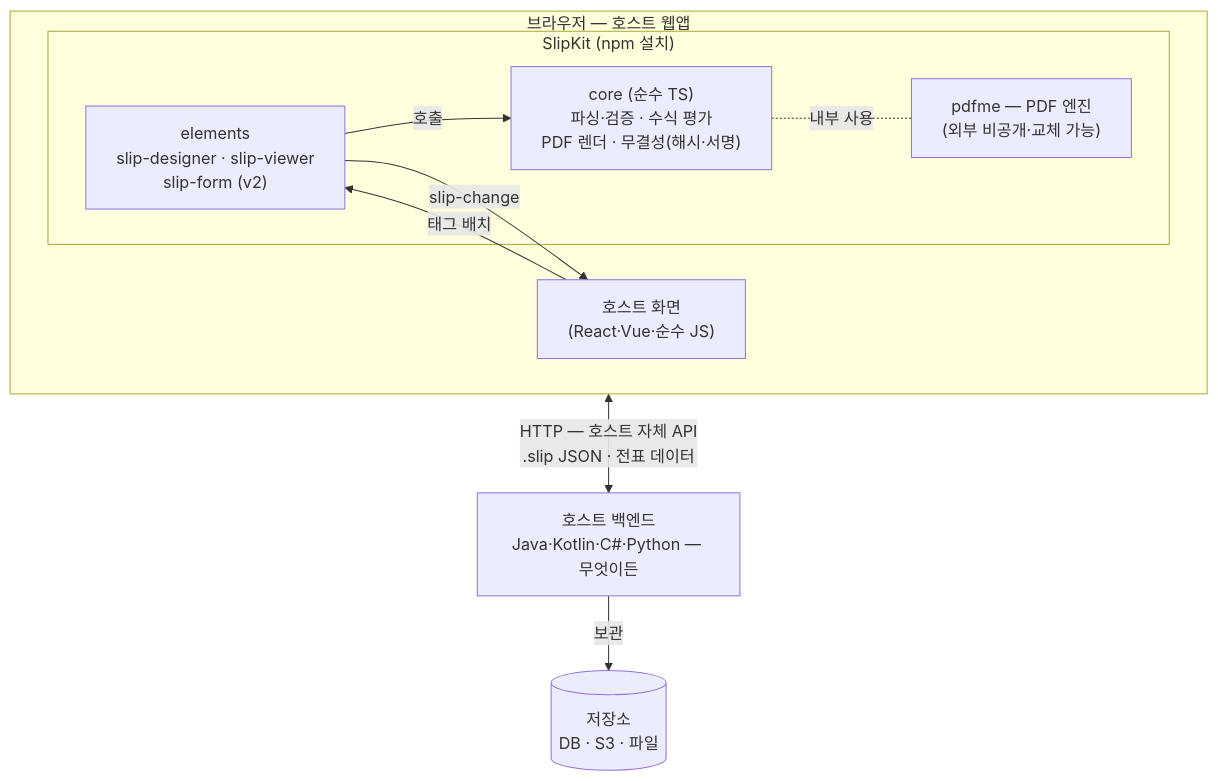
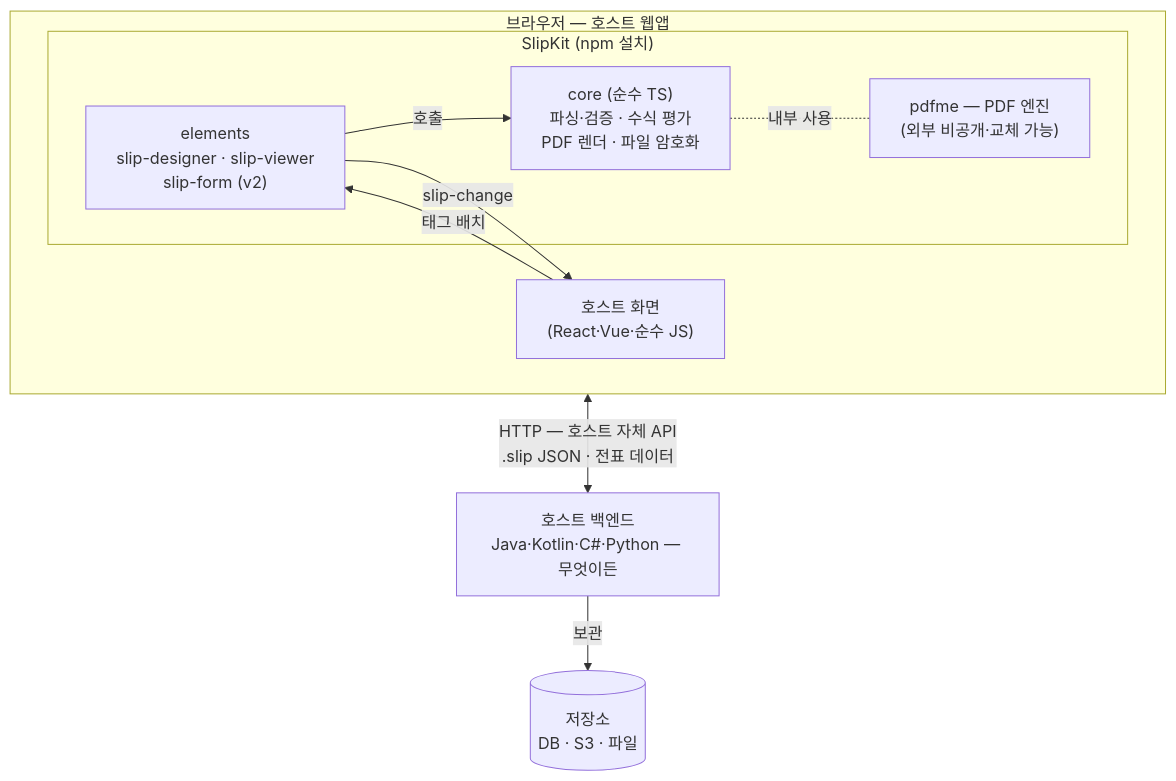
Before and after one commit to open-my-dev-com/drawing-report: the first of 3 diagrams in docs/ARCHITECTURE.md, drawn with Mermaid. The commit also changed other lines of this file and 39 other files, not shown here.

````diff
--- a/docs/ARCHITECTURE.md
+++ b/docs/ARCHITECTURE.md
@@ -23,20 +23,20 @@
 ```mermaid
 flowchart TB
     subgraph BROWSER["브라우저 — 호스트 웹앱"]
         HOST["호스트 화면<br/>(React·Vue·순수 JS)"]
         subgraph KIT["SlipKit (npm 설치)"]
             EL["elements<br/>slip-designer · slip-viewer<br/>slip-form (v2)"]
-            CORE["core (순수 TS)<br/>파싱·검증 · 수식 평가<br/>PDF 렌더 · 무결성(해시·서명)"]
+            CORE["core (순수 TS)<br/>파싱·검증 · 수식 평가<br/>PDF 렌더 · 파일 암호화"]
             PDFME["pdfme — PDF 엔진<br/>(외부 비공개·교체 가능)"]
         end
     end
     BACK["호스트 백엔드<br/>Java·Kotlin·C#·Python — 무엇이든"]
     DB[("저장소<br/>DB · S3 · 파일")]
 
     HOST -->|태그 배치| EL
     EL -->|slip-change| HOST
     EL -->|호출| CORE
     CORE -.내부 사용.- PDFME
     BROWSER <-->|"HTTP — 호스트 자체 API<br/>.slip JSON · 전표 데이터"| BACK
     BACK -->|보관| DB
 ```
````
